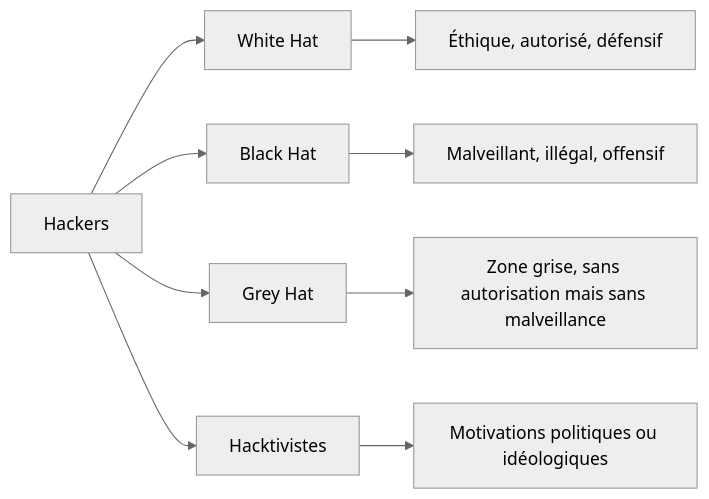
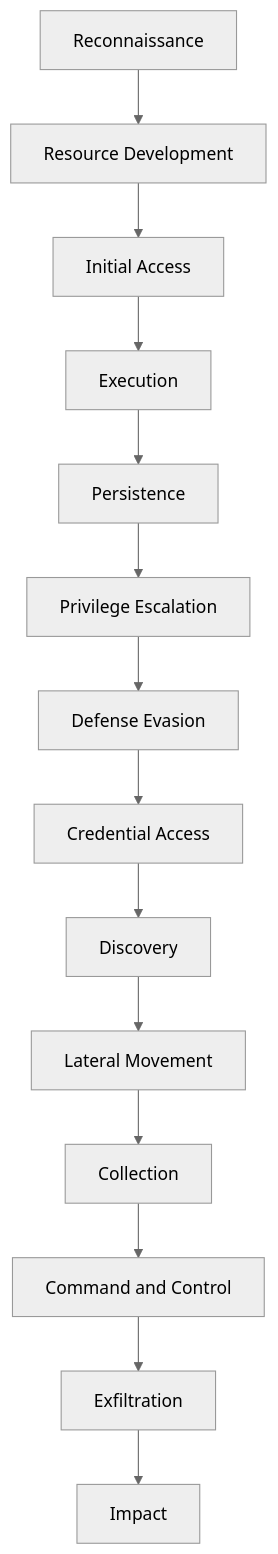
The first of 2 diagrams in JOUR-01.md (yugmerabtene/techniques-de-hacking-niveau-1), drawn with Mermaid (neutral theme) before and after one commit. The commit also changed other lines of this file and 18 other files, not shown here.

````diff
--- a/JOUR-01.md
+++ b/JOUR-01.md
@@ -42,11 +46,16 @@
 ```mermaid
-flowchart LR
-    A[Hackers] --> B[White Hat]
-    A --> C[Black Hat]
-    A --> D[Grey Hat]
-    A --> E[Hacktivistes]
-    B --> B1[Éthique, autorisé, défensif]
-    C --> C1[Malveillant, illégal, offensif]
-    D --> D1[Zone grise, sans autorisation mais sans malveillance]
-    E --> E1[Motivations politiques ou idéologiques]
+flowchart TB
+    TA0001[Reconnaissance] --> TA0002[Resource Development]
+    TA0002 --> TA0003[Initial Access]
+    TA0003 --> TA0004[Execution]
+    TA0004 --> TA0005[Persistence]
+    TA0005 --> TA0006[Privilege Escalation]
+    TA0006 --> TA0007[Defense Evasion]
+    TA0007 --> TA0008[Credential Access]
+    TA0008 --> TA0009[Discovery]
+    TA0009 --> TA0010[Lateral Movement]
+    TA0010 --> TA0011[Collection]
+    TA0011 --> TA0012[Command and Control]
+    TA0012 --> TA0013[Exfiltration]
+    TA0013 --> TA0014[Impact]
 ```
````
